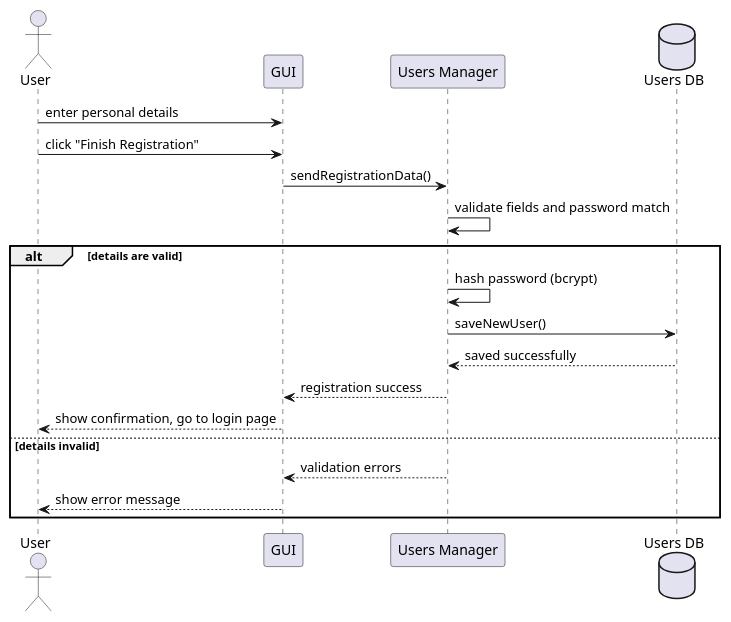
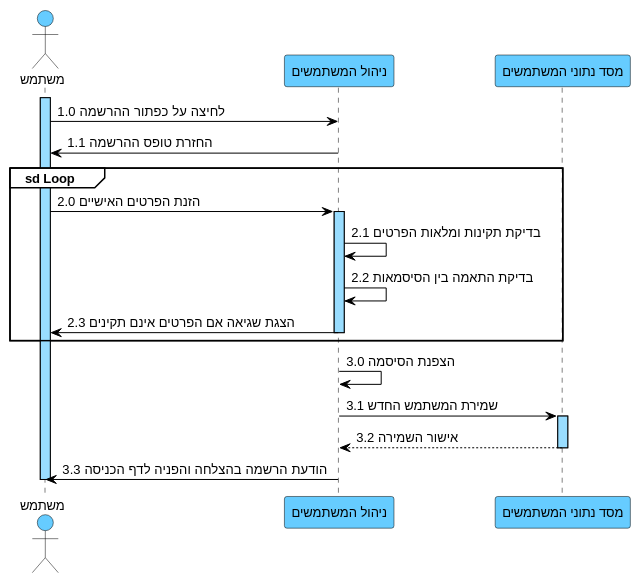
Before and after one commit to arielkaplan20/GOLDEN_HAIR_SALOAN: the diagram in docs/diagrams/puml/01-seq-suc01-הרשמה.puml, drawn with PlantUML. The commit also changed 26 other files, not shown here.

```diff
--- a/docs/diagrams/puml/01-seq-suc01-הרשמה.puml
+++ b/docs/diagrams/puml/01-seq-suc01-הרשמה.puml
@@ -1,21 +1,45 @@
 @startuml
-actor User
-participant GUI
-participant "Users Manager" as UM
-database "Users DB" as DB
+skinparam backgroundColor white
+skinparam defaultFontName Arial
+skinparam defaultFontSize 13
+skinparam sequence {
+ArrowColor black
+ArrowFontColor black
+ActorBorderColor black
+ActorBackgroundColor #66CCFF
+LifeLineBorderColor black
+LifeLineBackgroundColor #99DDFF
+ParticipantBorderColor black
+ParticipantBackgroundColor #66CCFF
+ParticipantFontColor black
+ParticipantFontSize 13
+GroupBorderColor black
+GroupBackgroundColor white
+GroupHeaderFontColor black
+}
 
-User -> GUI : enter personal details
-User -> GUI : click "Finish Registration"
-GUI -> UM : sendRegistrationData()
-UM -> UM : validate fields and password match
-alt details are valid
-UM -> UM : hash password (bcrypt)
-UM -> DB : saveNewUser()
-DB --> UM : saved successfully
-UM --> GUI : registration success
-GUI --> User : show confirmation, go to login page
-else details invalid
-UM --> GUI : validation errors
-GUI --> User : show error message
+actor "משתמש" as U
+participant "ניהול המשתמשים" as UM
+participant "מסד נתוני המשתמשים" as DB
+
+activate U
+U -> UM : 1.0 לחיצה על כפתור ההרשמה
+UM -> U : 1.1 החזרת טופס ההרשמה
+
+group sd Loop
+U -> UM : 2.0 הזנת הפרטים האישיים
+activate UM
+UM -> UM : 2.1 בדיקת תקינות ומלאות הפרטים
+UM -> UM : 2.2 בדיקת התאמה בין הסיסמאות
+UM -> U : 2.3 הצגת שגיאה אם הפרטים אינם תקינים
+deactivate UM
 end
+
+UM -> UM : 3.0 הצפנת הסיסמה
+UM -> DB : 3.1 שמירת המשתמש החדש
+activate DB
+DB --> UM : 3.2 אישור השמירה
+deactivate DB
+UM -> U : 3.3 הודעת הרשמה בהצלחה והפניה לדף הכניסה
+deactivate U
 @enduml
```
